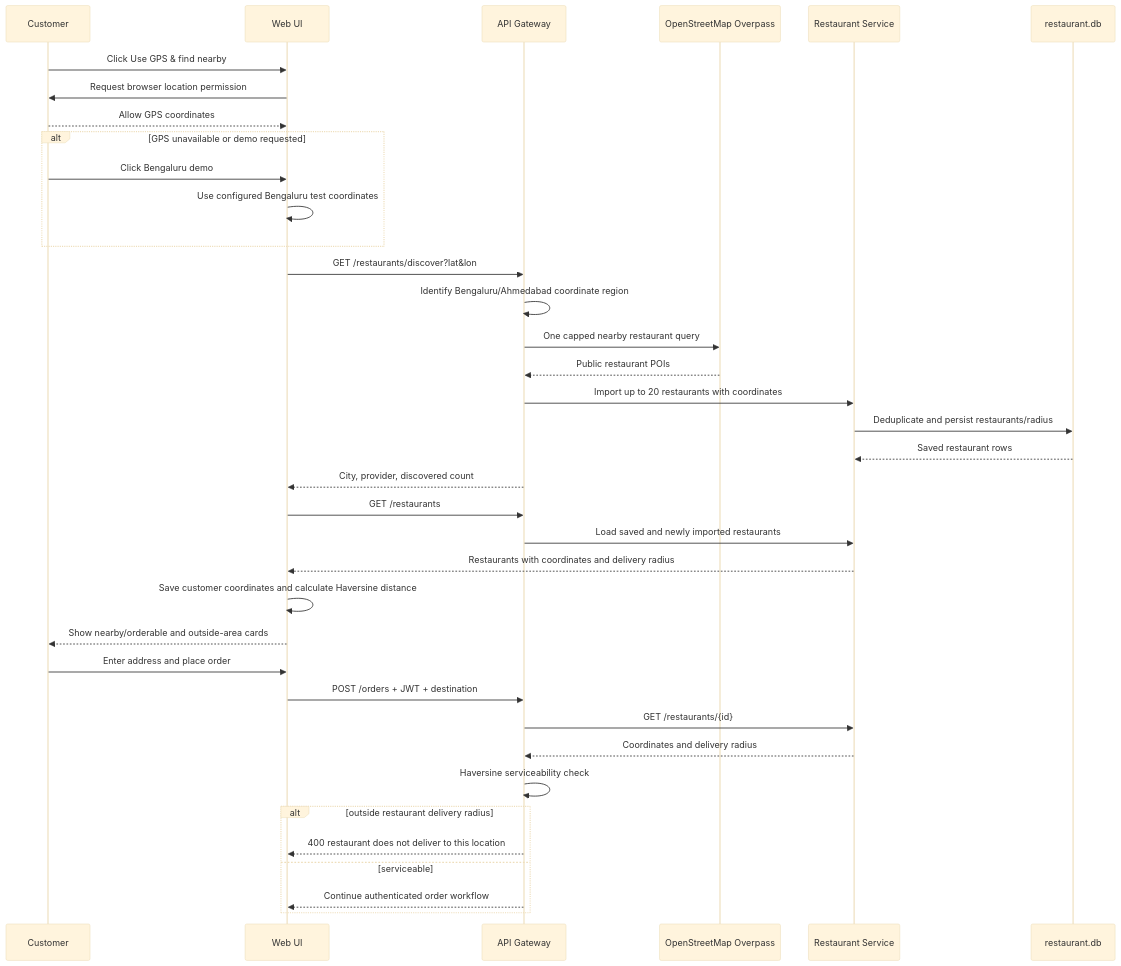
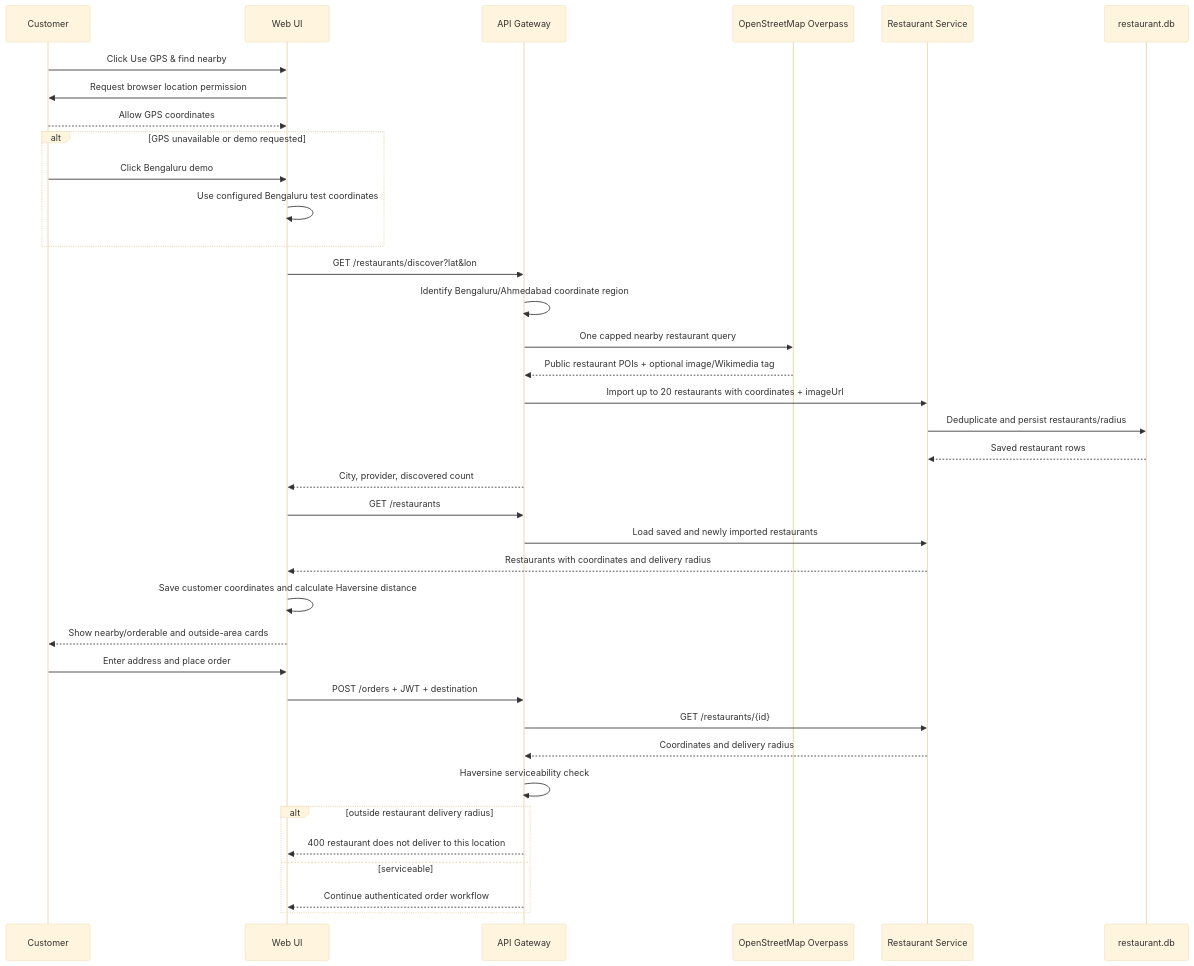
Before and after one commit to Pankil-Mevada/FoodService: the eighth of 9 diagrams in docs/SEQUENCE_DIAGRAMS.md, drawn with Mermaid (base theme). The commit also changed 13 other files, not shown here.

````diff
--- a/docs/SEQUENCE_DIAGRAMS.md
+++ b/docs/SEQUENCE_DIAGRAMS.md
@@ -256,40 +256,40 @@
 ```mermaid
 sequenceDiagram
     participant Customer
     participant UI as Web UI
     participant GW as API Gateway
     participant OSM as OpenStreetMap Overpass
     participant RS as Restaurant Service
     participant RDB as restaurant.db
 
     Customer->>UI: Click Use GPS & find nearby
     UI->>Customer: Request browser location permission
     Customer-->>UI: Allow GPS coordinates
     alt GPS unavailable or demo requested
         Customer->>UI: Click Bengaluru demo
         UI->>UI: Use configured Bengaluru test coordinates
     end
     UI->>GW: GET /restaurants/discover?lat&lon
     GW->>GW: Identify Bengaluru/Ahmedabad coordinate region
     GW->>OSM: One capped nearby restaurant query
-    OSM-->>GW: Public restaurant POIs
-    GW->>RS: Import up to 20 restaurants with coordinates
+    OSM-->>GW: Public restaurant POIs + optional image/Wikimedia tag
+    GW->>RS: Import up to 20 restaurants with coordinates + imageUrl
     RS->>RDB: Deduplicate and persist restaurants/radius
     RDB-->>RS: Saved restaurant rows
     GW-->>UI: City, provider, discovered count
     UI->>GW: GET /restaurants
     GW->>RS: Load saved and newly imported restaurants
     RS-->>UI: Restaurants with coordinates and delivery radius
     UI->>UI: Save customer coordinates and calculate Haversine distance
     UI-->>Customer: Show nearby/orderable and outside-area cards
     Customer->>UI: Enter address and place order
     UI->>GW: POST /orders + JWT + destination
     GW->>RS: GET /restaurants/{id}
     RS-->>GW: Coordinates and delivery radius
     GW->>GW: Haversine serviceability check
     alt outside restaurant delivery radius
         GW-->>UI: 400 restaurant does not deliver to this location
     else serviceable
         GW-->>UI: Continue authenticated order workflow
     end
 ```
````
